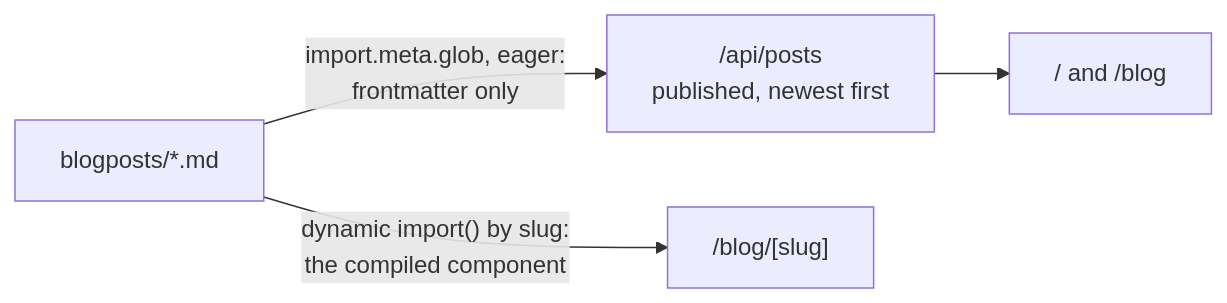
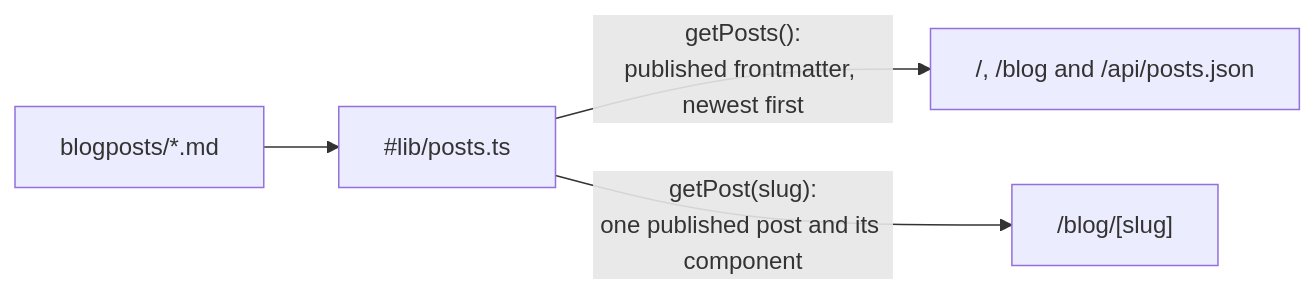
One commit to matus-barta/personal-web changed the diagram in .claude/architecture.md. Above: the diagram before and after it, drawn with Mermaid. The commit also changed other lines of this file and 34 other files, not shown here.

````diff
--- a/.claude/architecture.md
+++ b/.claude/architecture.md
@@ -31,7 +45,6 @@
 ```mermaid
 flowchart LR
-    md["blogposts/*.md"]
-    md -- "import.meta.glob, eager:<br/>frontmatter only" --> list["/api/posts<br/>published, newest first"]
-    md -- "dynamic import() by slug:<br/>the compiled component" --> post["/blog/[slug]"]
-    list --> pages["/ and /blog"]
+    md["blogposts/*.md"] --> reader["#lib/posts.ts"]
+    reader -- "getPosts():<br/>published frontmatter, newest first" --> list["/, /blog and /api/posts.json"]
+    reader -- "getPost(slug):<br/>one published post and its component" --> post["/blog/[slug]"]
 ```
````
